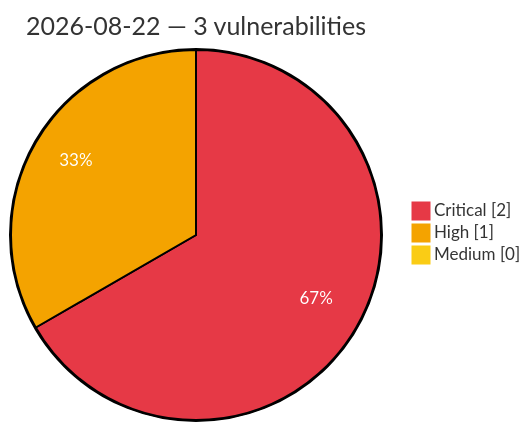
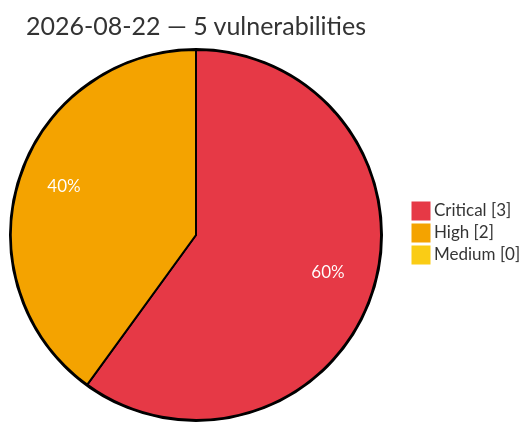
One commit to GhostX0X/vuln-tracker changed the diagram in vulnerabilities/2026/August/2026-08-22.md. Above: the diagram before and after it, drawn with Mermaid. The commit also changed other lines of this file and 5 other files, not shown here.

Commit message:
Auto update: critical/high vulns (2026-08-22 13:18 UTC)

````diff
--- a/vulnerabilities/2026/August/2026-08-22.md
+++ b/vulnerabilities/2026/August/2026-08-22.md
@@ -3,8 +3,8 @@
 ```mermaid
 %%{init: {'theme':'base', 'themeVariables': {'pie1':'#e63946', 'pie2':'#f4a300', 'pie3':'#facc15', 'pieOpacity':'1', 'pieOuterStrokeWidth':'2px', 'pieSectionTextColor':'#ffffff'}}}%%
 pie showData
-    title 2026-08-22 — 3 vulnerabilities
-    "Critical" : 2
-    "High" : 1
+    title 2026-08-22 — 5 vulnerabilities
+    "Critical" : 3
+    "High" : 2
     "Medium" : 0
 ```
````
